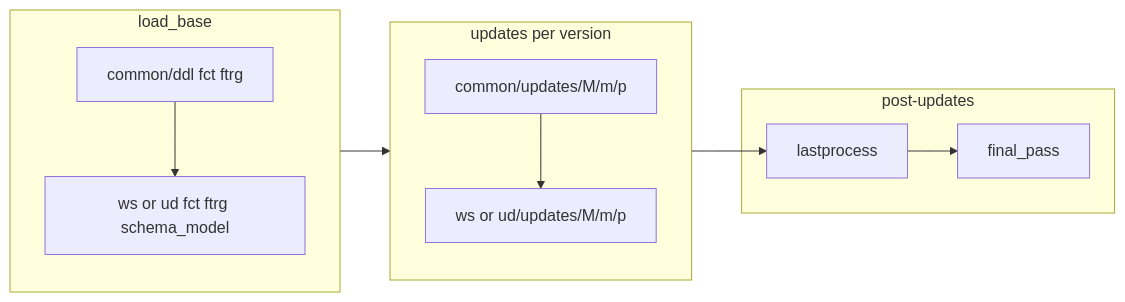
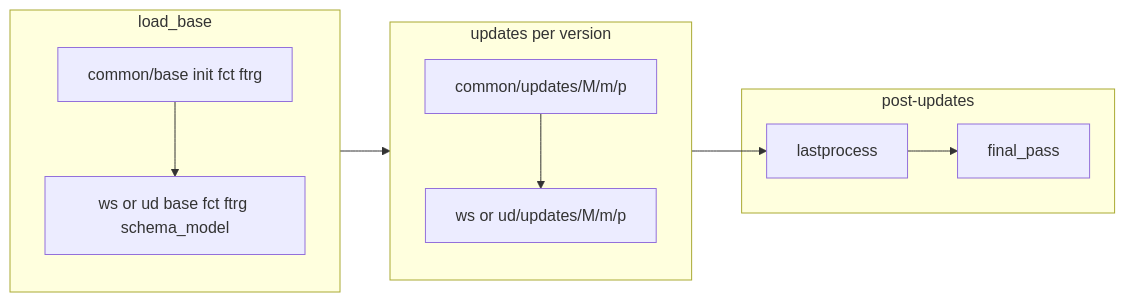
Before and after one commit to Giswater/giswater_qgis_plugin: the second of 4 diagrams in dbmodel/README.md, drawn with Mermaid. The commit also changed other lines of this file and 1 other file, not shown here.

Commit message:
docs(info, README): enhance documentation for SQL structure and folder organization in dbmodel, clarifying schema architecture and update instructions

````diff
--- a/dbmodel/README.md
+++ b/dbmodel/README.md
@@ -111,20 +125,20 @@
 ```mermaid
 flowchart LR
   subgraph load_base [load_base]
-    Cddl[common/ddl fct ftrg]
-    K[ws or ud fct ftrg schema_model]
-    Cddl --> K
+    Cbase[common/base init fct ftrg]
+    K[ws or ud base fct ftrg schema_model]
+    Cbase --> K
   end
   subgraph updates [updates per version]
     Cu[common/updates/M/m/p]
     Ku[ws or ud/updates/M/m/p]
     Cu --> Ku
   end
   subgraph finish [post-updates]
     LP[lastprocess]
     FP[final_pass]
   end
   load_base --> updates
   updates --> LP
   LP --> FP
 ```
````
